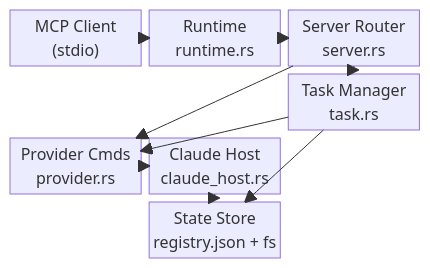
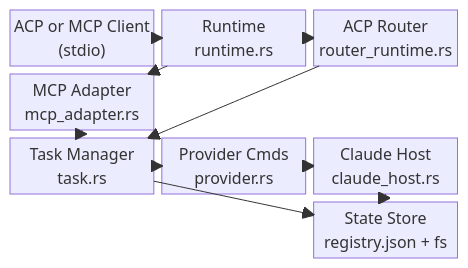
One commit to 0x7067/agent-bridge-mcp changed the diagram in docs/CODEMAPS/INDEX.md. Above: the diagram before and after it, drawn with Mermaid. The commit also changed other lines of this file and 32 other files, not shown here.

Commit message:
docs: align docs with acp adapter

````diff
--- a/docs/CODEMAPS/INDEX.md
+++ b/docs/CODEMAPS/INDEX.md
@@ -7,22 +7,24 @@
 ```mermaid
 block-beta
     columns 3
-    MCP["MCP Client<br/>(stdio)"]:1
+    CLIENT["ACP or MCP Client<br/>(stdio)"]:1
     RT["Runtime<br/>runtime.rs"]:1
-    SR["Server Router<br/>server.rs"]:1
+    ROUTER["ACP Router<br/>router_runtime.rs"]:1
+    ADAPTER["MCP Adapter<br/>mcp_adapter.rs"]:1
     space:2
     TM["Task Manager<br/>task.rs"]:1
     PH["Provider Cmds<br/>provider.rs"]:1
     CH["Claude Host<br/>claude_host.rs"]:1
     space:2
     FS["State Store<br/>registry.json + fs"]:1
 
-    MCP --> RT
-    RT --> SR
-    SR --> TM
-    SR --> PH
+    CLIENT --> RT
+    RT --> ROUTER
+    RT --> ADAPTER
+    ROUTER --> TM
+    ADAPTER --> TM
     TM --> PH
     PH --> CH
     TM --> FS
     CH --> FS
 ```
````
